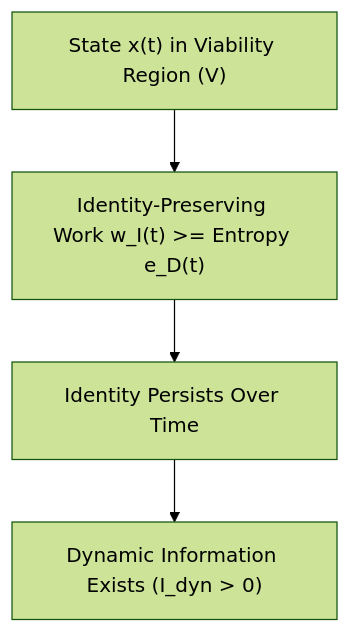
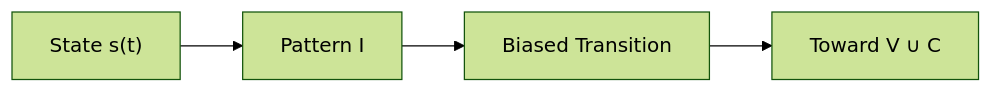
One commit to CuriousOne23/WhenMathPrays changed the third of 6 diagrams in docs/dynamic-information.md. Above: the diagram before and after it, drawn with Mermaid (forest theme). The commit also changed other lines of this file, not shown here.

````diff
--- a/docs/dynamic-information.md
+++ b/docs/dynamic-information.md
@@ -401,9 +472,9 @@
 ```mermaid
-flowchart TD
-    A["State x(t) in Viability Region (V)"]
-    B["Identity-Preserving Work w_I(t) >= Entropy e_D(t)"]
-    C["Identity Persists Over Time"]
-    D["Dynamic Information Exists (I_dyn > 0)"]
+flowchart LR
+    A["State s(t)"]
+    B["Pattern I"]
+    C["Biased Transition"]
+    D["Toward V ∪ C"]
 
     A --> B --> C --> D
 ```
````
